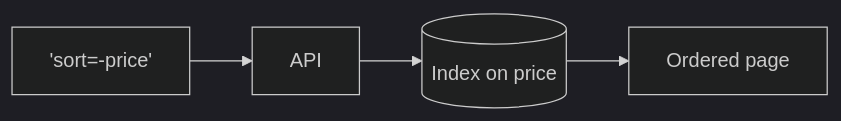
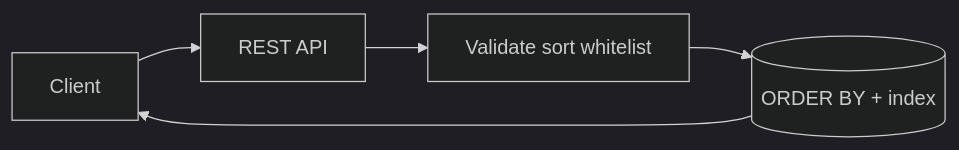
Diagram 19 of 33 in 07-api-design/README.md (hareramcse/SystemDesign), drawn with Mermaid (dark theme) before and after one commit. The commit also changed other lines of this file, not shown here.

````diff
--- a/07-api-design/README.md
+++ b/07-api-design/README.md
@@ -949,6 +2212,7 @@
 ```mermaid
 flowchart LR
-    Sort['sort=-price'] --> API
-    API --> IDX[(Index on price)]
-    IDX --> Ordered[Ordered page]
+    C[Client] --> API[REST API]
+    API --> V[Validate sort whitelist]
+    V --> DB[(ORDER BY + index)]
+    DB --> C
 ```
````
